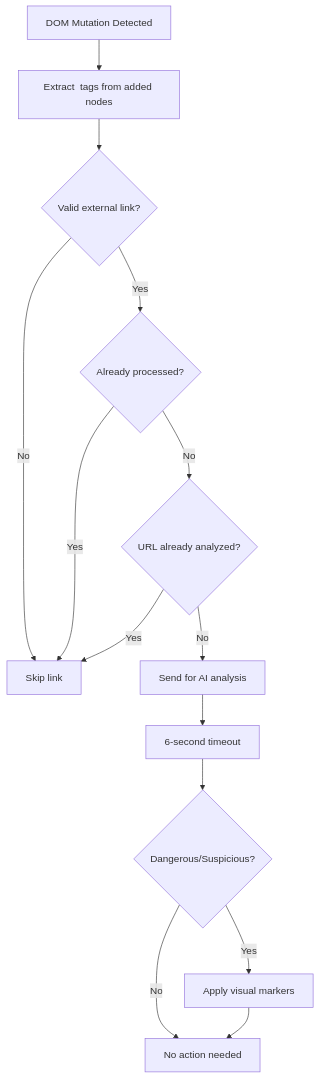
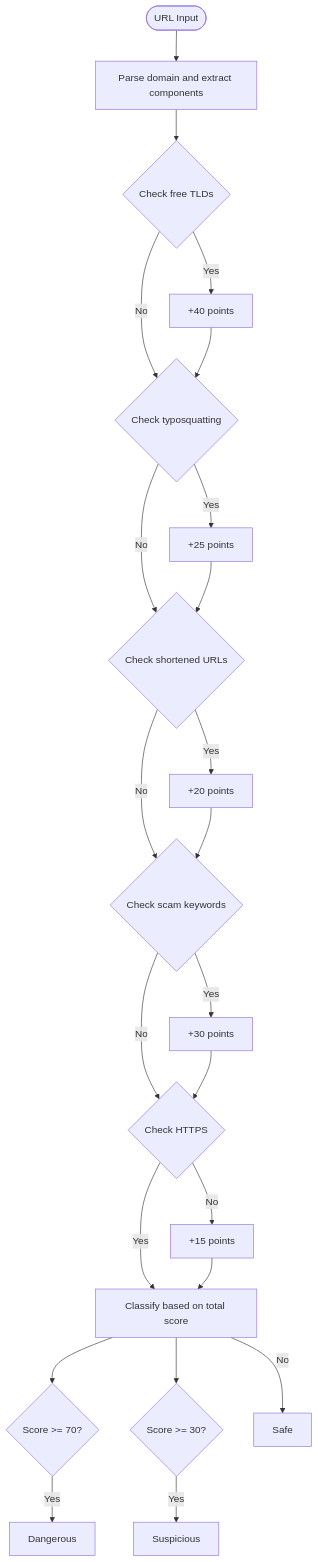
The fifth of 7 diagrams in .qoder/repowiki/en/content/Threat Detection Engine.md (Aymanaahh/scrollguard-ai), drawn with Mermaid before and after one commit. The commit also changed other lines of this file and 36 other files, not shown here.

````diff
--- a/.qoder/repowiki/en/content/Threat Detection Engine.md
+++ b/.qoder/repowiki/en/content/Threat Detection Engine.md
@@ -256,16 +227,25 @@
 ```mermaid
 flowchart TD
-Mutation["DOM Mutation Detected"] --> ExtractAnchors["Extract <a> tags from added nodes"]
-ExtractAnchors --> ValidateLink{"Valid external link?"}
-ValidateLink --> |No| Skip["Skip link"]
-ValidateLink --> |Yes| CheckProcessed{"Already processed?"}
-CheckProcessed --> |Yes| Skip
-CheckProcessed --> |No| CheckDedup{"URL already analyzed?"}
-CheckDedup --> |Yes| Skip
-CheckDedup --> |No| Analyze["Send for AI analysis"]
-Analyze --> Timeout["6-second timeout"]
-Timeout --> Result{"Dangerous/Suspicious?"}
-Result --> |Yes| MarkInline["Apply visual markers"]
-Result --> |No| Complete["No action needed"]
-MarkInline --> Complete
+Start(["URL Input"]) --> ParseDomain["Parse domain and extract components"]
+ParseDomain --> CheckTLD{"Check free TLDs"}
+CheckTLD --> |Yes| ScoreTLD["+40 points"]
+CheckTLD --> |No| CheckTypos{"Check typosquatting"}
+ScoreTLD --> CheckTypos
+CheckTypos --> |Yes| ScoreTypos["+25 points"]
+CheckTypos --> |No| CheckShortener{"Check shortened URLs"}
+ScoreTypos --> CheckShortener
+CheckShortener --> |Yes| ScoreShortener["+20 points"]
+CheckShortener --> |No| CheckKeywords{"Check scam keywords"}
+ScoreShortener --> CheckKeywords
+CheckKeywords --> |Yes| ScoreKeywords["+30 points"]
+CheckKeywords --> |No| CheckHTTPS{"Check HTTPS"}
+ScoreKeywords --> CheckHTTPS
+CheckHTTPS --> |No| ScoreHTTPS["+15 points"]
+CheckHTTPS --> |Yes| Classify["Classify based on total score"]
+ScoreHTTPS --> Classify
+Classify --> Dangerous{"Score >= 70?"}
+Classify --> Suspicious{"Score >= 30?"}
+Dangerous --> |Yes| DangerousStatus["Dangerous"]
+Suspicious --> |Yes| SuspiciousStatus["Suspicious"]
+Classify --> |No| SafeStatus["Safe"]
 ```
````
